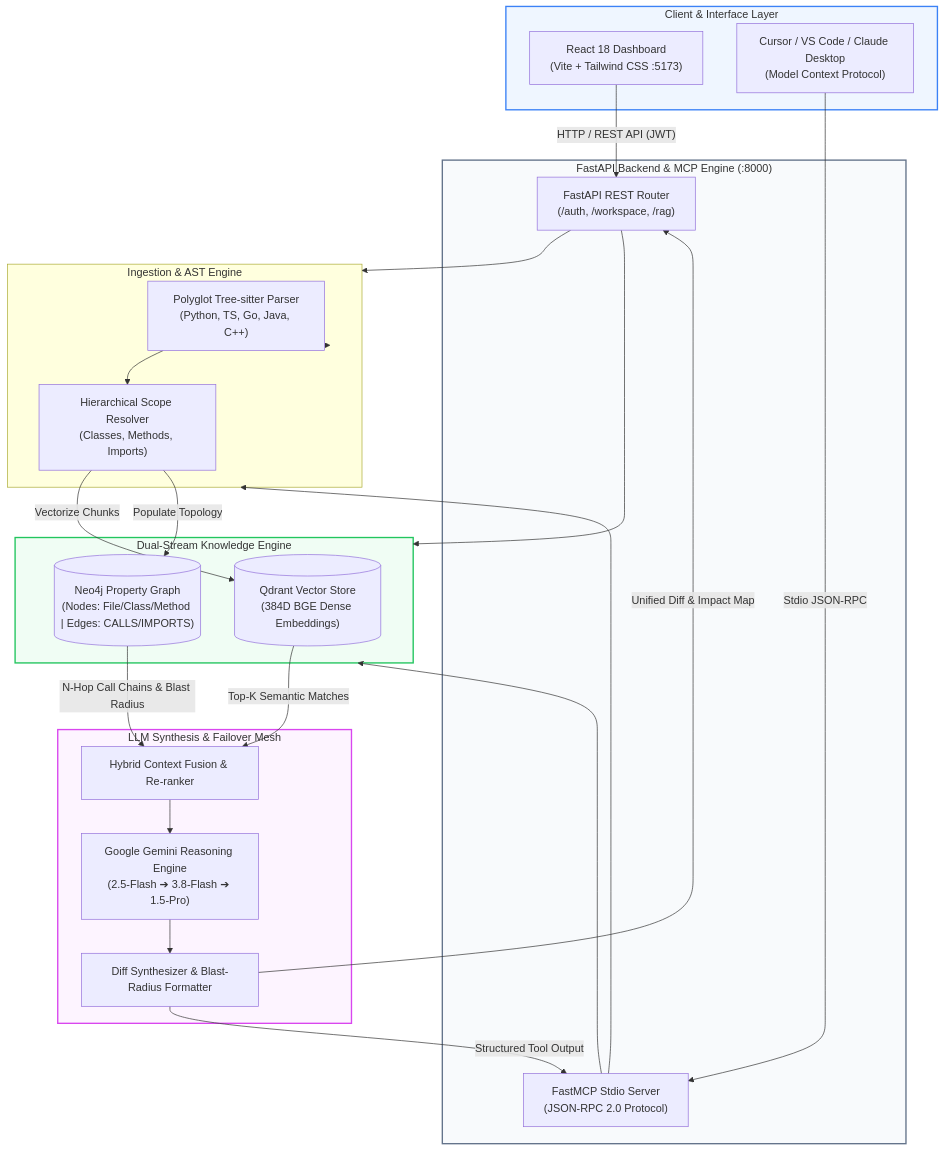
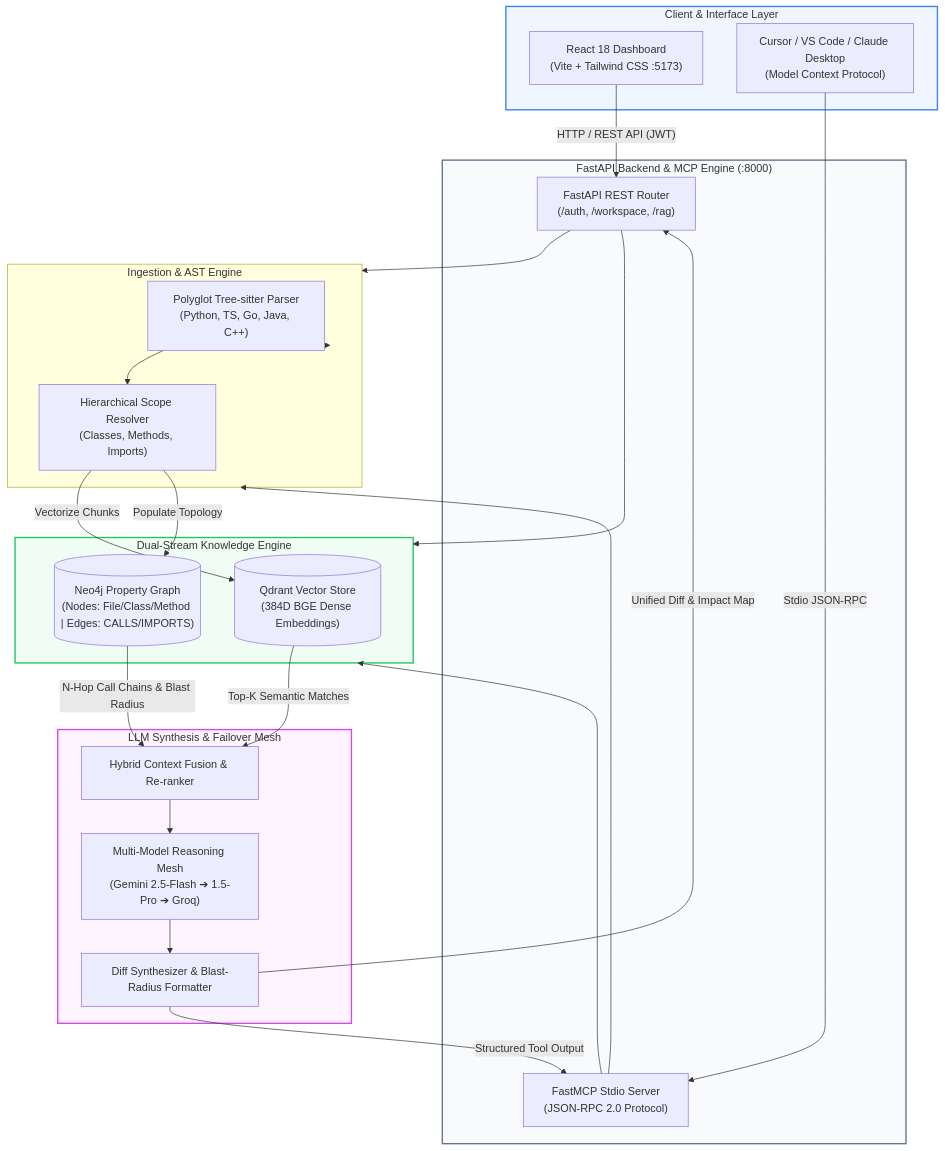
The diagram in README.md (HarshaAppikatla/CodeGraph-RAG), drawn with Mermaid before and after one commit. The commit also changed other lines of this file, not shown here.

````diff
--- a/README.md
+++ b/README.md
@@ -88,48 +117,48 @@
 ```mermaid
 flowchart TD
     subgraph Client ["Client & Interface Layer"]
         UI["React 18 Dashboard\n(Vite + Tailwind CSS :5173)"]
         IDE["Cursor / VS Code / Claude Desktop\n(Model Context Protocol)"]
     end
 
     subgraph Backend ["FastAPI Backend & MCP Engine (:8000)"]
         API["FastAPI REST Router\n(/auth, /workspace, /rag)"]
         MCP["FastMCP Stdio Server\n(JSON-RPC 2.0 Protocol)"]
     end
 
     subgraph CoreEngine ["Ingestion & AST Engine"]
         Parser["Polyglot Tree-sitter Parser\n(Python, TS, Go, Java, C++)"]
         Scope["Hierarchical Scope Resolver\n(Classes, Methods, Imports)"]
     end
 
     subgraph DualRetrieval ["Dual-Stream Knowledge Engine"]
         Qdrant[("Qdrant Vector Store\n(384D BGE Dense Embeddings)")]
         Neo4j[("Neo4j Property Graph\n(Nodes: File/Class/Method | Edges: CALLS/IMPORTS)")]
     end
 
     subgraph Reasoning ["LLM Synthesis & Failover Mesh"]
         Fusion["Hybrid Context Fusion & Re-ranker"]
-        LLM["Google Gemini Reasoning Engine\n(2.5-Flash ➔ 3.8-Flash ➔ 1.5-Pro)"]
+        LLM["Multi-Model Reasoning Mesh\n(Gemini 2.5-Flash ➔ 1.5-Pro ➔ Groq)"]
         Synthesizer["Diff Synthesizer & Blast-Radius Formatter"]
     end
 
     UI -->|"HTTP / REST API (JWT)"| API
     IDE -->|"Stdio JSON-RPC"| MCP
     API --> CoreEngine
     MCP --> CoreEngine
     CoreEngine --> Parser --> Scope
     Scope -->|"Vectorize Chunks"| Qdrant
     Scope -->|"Populate Topology"| Neo4j
     API --> DualRetrieval
     MCP --> DualRetrieval
     Qdrant -->|"Top-K Semantic Matches"| Fusion
     Neo4j -->|"N-Hop Call Chains & Blast Radius"| Fusion
     Fusion --> LLM --> Synthesizer
     Synthesizer -->|"Unified Diff & Impact Map"| API
     Synthesizer -->|"Structured Tool Output"| MCP
 
     style Client fill:#eff6ff,stroke:#3b82f6,stroke-width:2px
     style Backend fill:#f8fafc,stroke:#64748b,stroke-width:2px
     style DualRetrieval fill:#f0fdf4,stroke:#22c55e,stroke-width:2px
     style Reasoning fill:#fdf4ff,stroke:#d946ef,stroke-width:2px
 ```
````
